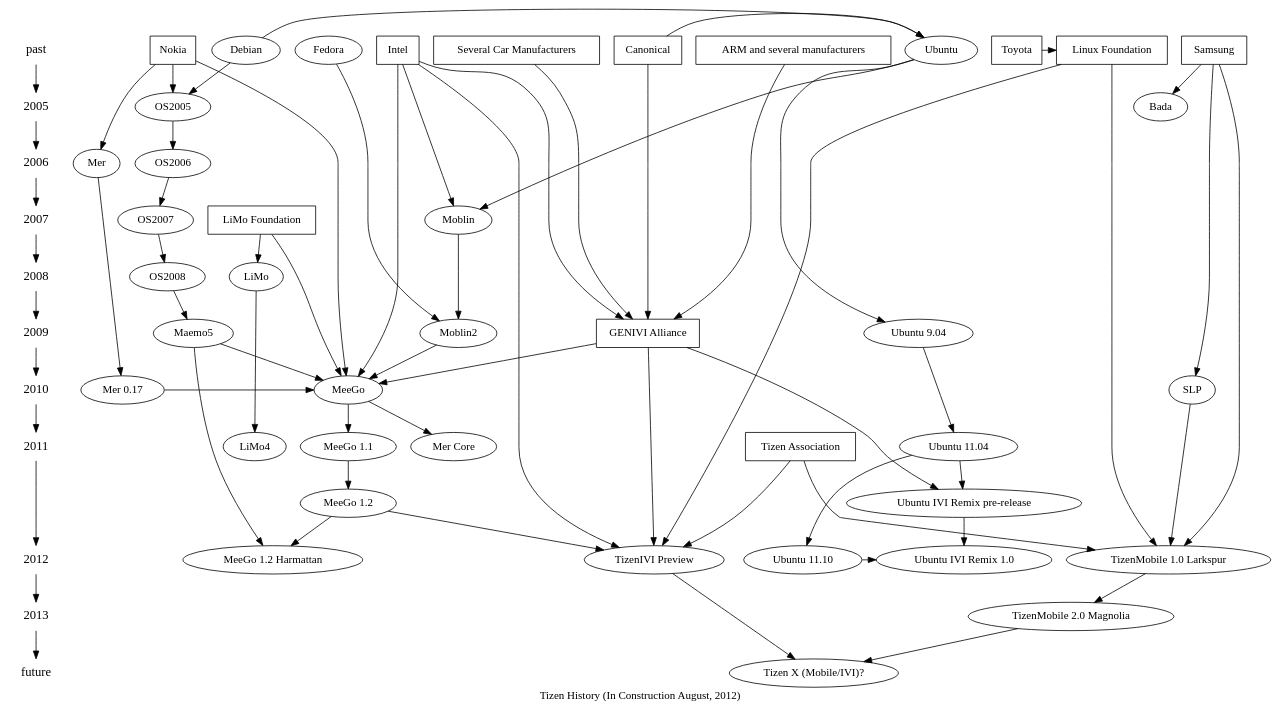
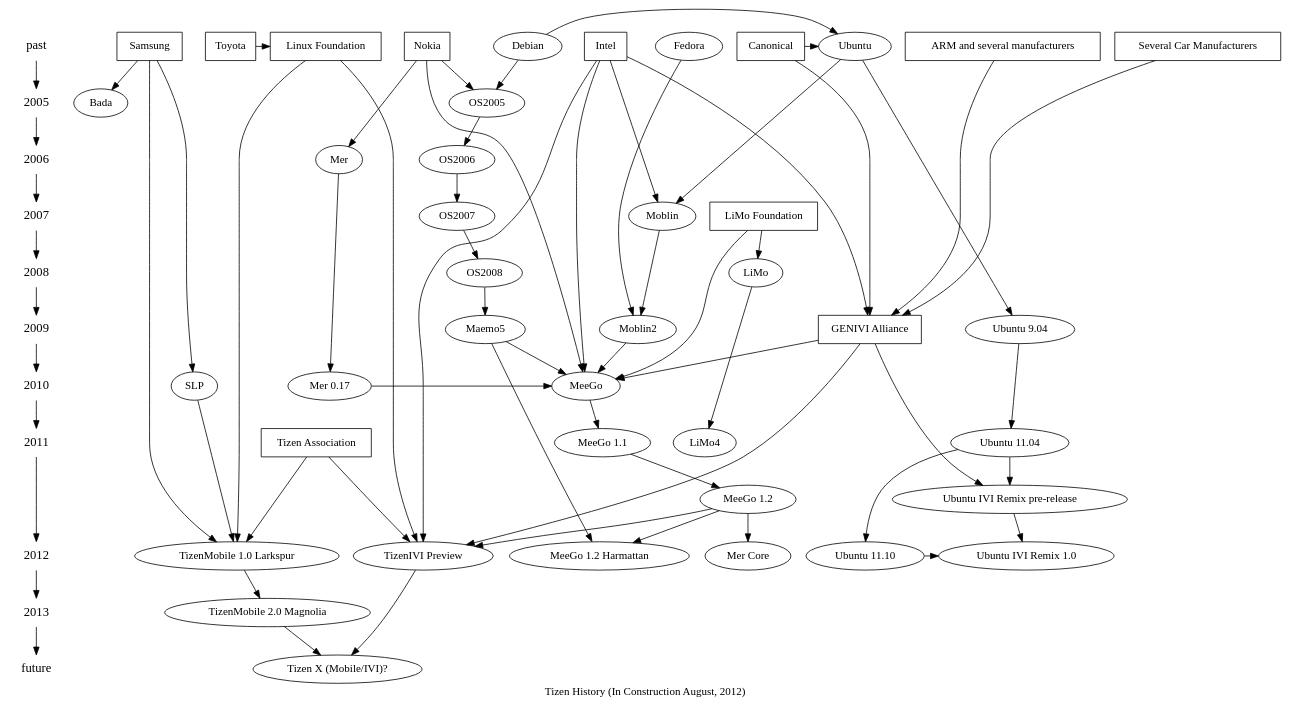
The diagram in tizen-history.dot (kumadasu/tizen-history), drawn with Graphviz before and after one commit. The commit also changed 1 other file, not shown here.

Commit message:
Change location of Mer Core to after MeeGo 1.2

```diff
--- a/tizen-history.dot
+++ b/tizen-history.dot
@@ -1,88 +1,89 @@
 digraph tizenhistory {
 graph [label="Tizen History (In Construction August, 2012)"]
 /*timeline*/
 {
 	node [shape=plaintext, fontsize=16];
 	"past" -> /*1990 ->
 	1991 -> 1992 -> 1993 -> 1994 -> 1995 ->
 	1996 -> 1997 -> 1998 -> 1999 -> 2000 ->
 	2001 -> 2002 -> 2003 -> 2004 ->*/ 2005 ->
 	2006 -> 2007 -> 2008 -> 2009 -> 2010 ->
 	2011 -> 2012 -> 2013 -> "future";
 }
 
 /* Organizations */
 {
 	node [shape=box];
 	{ rank = same; "past"; "Nokia"}
 	{ rank = same; "past"; "Intel"}
 	{ rank = same; "past"; "Samsung"}
 	{ rank = same; "past"; "ARM and several manufacturers"}
 	{ rank = same; "past"; "Several Car Manufacturers"}
 	{ rank = same; "past"; "Canonical"}
 	{ rank = same; "past"; "Linux Foundation"}
 	{ rank = same; "past"; "Toyota"}
 	{ rank = same; "2007"; "LiMo Foundation"}
 	{ rank = same; "2009"; "GENIVI Alliance"}
 	{ rank = same; "2011"; "Tizen Association"} //?
 "Toyota" -> "Linux Foundation";
 "Intel" -> "GENIVI Alliance";
 "Several Car Manufacturers" -> "GENIVI Alliance";
 "ARM and several manufacturers" -> "GENIVI Alliance";
 "Canonical" -> "GENIVI Alliance";
 }
 
 /* Technologies */
 {
 	node [shape=plaintext];
 //	"HTML5";
 }
 
 /* OS */
 { rank = same; "past"; "Ubuntu"; "Fedora"; "Debian"}
 { rank = same; 2005; "OS2005"}
 { rank = same; 2006; "OS2006"}
 { rank = same; 2007; "OS2007"; "Moblin"}
 { rank = same; 2008; "OS2008"; "LiMo"}
 { rank = same; 2009; "Maemo5"; "Moblin2"; "Ubuntu 9.04"}
 { rank = same; 2010; "MeeGo"; "Mer 0.17"; "SLP"}
 { rank = same; 2011; "Ubuntu 11.04"; "LiMo4"}
 { rank = same; "Ubuntu 11.10"; "Ubuntu IVI Remix 1.0"}
 { rank = same; 2012; "TizenMobile 1.0 Larkspur"; "TizenIVI Preview"};
 { rank = same; "TizenMobile 1.0 Larkspur" }
 { rank = same; 2013; "TizenMobile 2.0 Magnolia" }
 	"Debian" -> "Ubuntu";
 	"Debian" -> "OS2005" -> "OS2006" -> "OS2007" -> "OS2008" -> "Maemo5" -> "MeeGo";
 	"Ubuntu" -> "Moblin" -> "Moblin2";
 	"Fedora" -> "Moblin2" -> "MeeGo";
-	"Mer" -> "Mer 0.17" -> "MeeGo" -> "Mer Core";
+	"Mer" -> "Mer 0.17" -> "MeeGo";
 	"LiMo" -> "LiMo4";
 	"MeeGo" -> "MeeGo 1.1" -> "MeeGo 1.2" -> "TizenIVI Preview";
 	"Maemo5" -> "MeeGo 1.2 Harmattan";
+	"MeeGo 1.2" -> "Mer Core";
 	"MeeGo 1.2" -> "MeeGo 1.2 Harmattan";
 	"SLP" -> "TizenMobile 1.0 Larkspur";
 	"TizenMobile 1.0 Larkspur" -> "TizenMobile 2.0 Magnolia" -> "Tizen X (Mobile/IVI)?";
 	"TizenIVI Preview" -> "Tizen X (Mobile/IVI)?";
 	"Ubuntu" -> "Ubuntu 9.04" -> "Ubuntu 11.04" -> "Ubuntu 11.10" -> "Ubuntu IVI Remix 1.0";
 	"Ubuntu 11.04" -> "Ubuntu IVI Remix pre-release" -> "Ubuntu IVI Remix 1.0";
 
 "Canonical" -> "Ubuntu";
 "Nokia" -> "OS2005";
 "Intel" -> "Moblin";
 "Intel" -> "MeeGo";
 "Nokia" -> "Mer";
 "Nokia" -> "MeeGo";
 "Samsung" -> "Bada";
 "Samsung" -> "SLP";
 "Intel" -> "TizenIVI Preview";
 "Samsung" -> "TizenMobile 1.0 Larkspur";
 "GENIVI Alliance" -> "MeeGo";
 "GENIVI Alliance" -> "TizenIVI Preview";
 "GENIVI Alliance" -> "Ubuntu IVI Remix pre-release";
 "LiMo Foundation" -> "LiMo";
 "LiMo Foundation" -> "MeeGo";
 "Tizen Association" -> "TizenIVI Preview";
 "Tizen Association" -> "TizenMobile 1.0 Larkspur";
 "Linux Foundation" -> "TizenIVI Preview";
 "Linux Foundation" -> "TizenMobile 1.0 Larkspur";
 }
```
